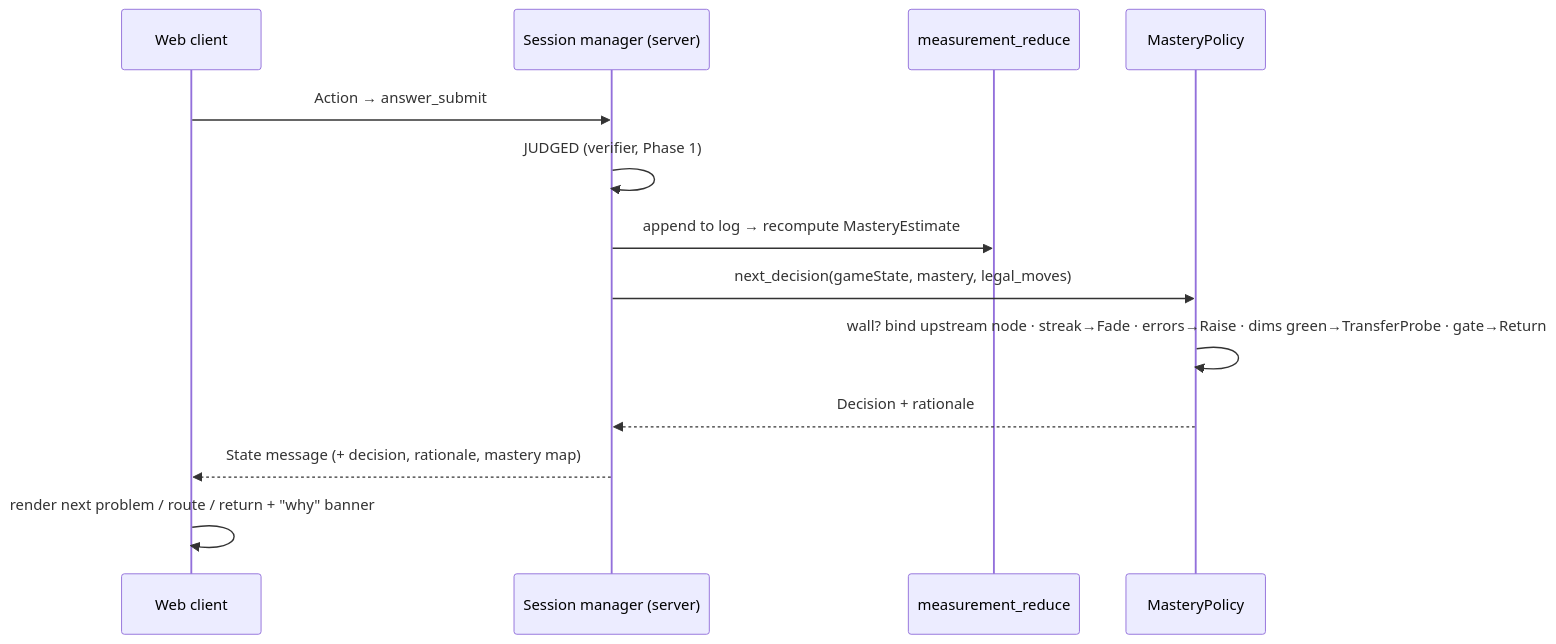
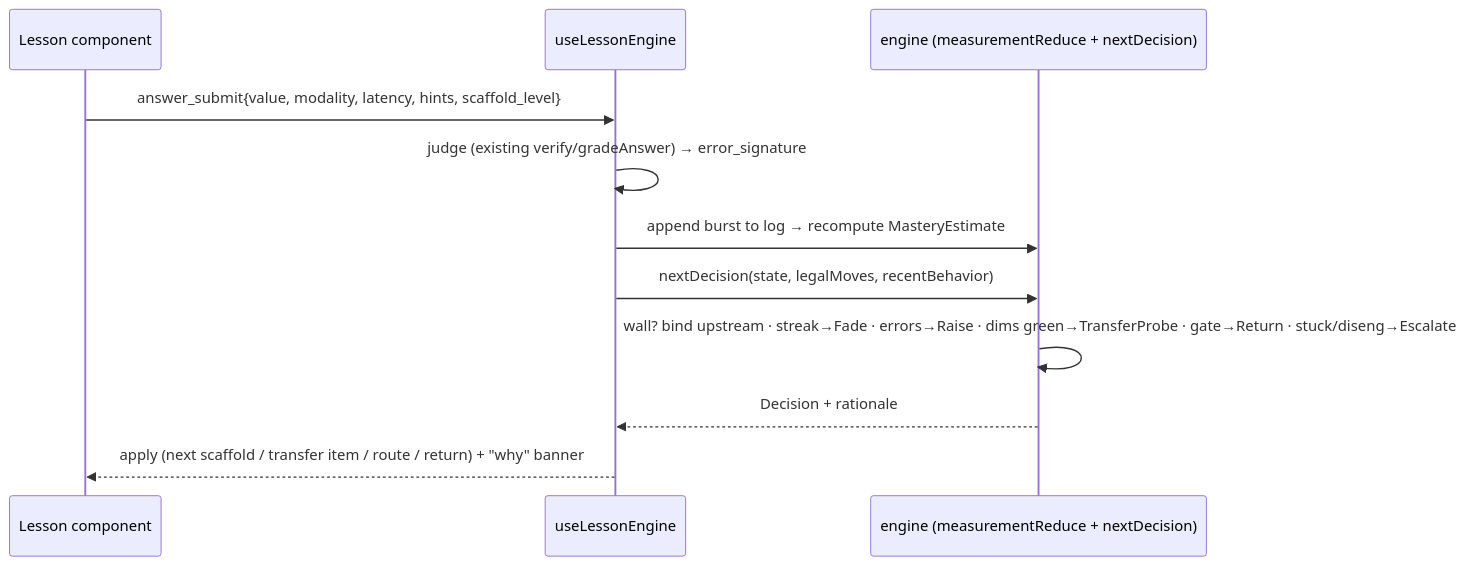
Before and after one commit to MatthewDaw/fractions_tutorial: the third of 3 diagrams in docs/plans/2026-05-31-002-feat-mastery-adaptive-flow-plan.md, drawn with Mermaid. The commit also changed other lines of this file and 56 other files, not shown here.

````diff
--- a/docs/plans/2026-05-31-002-feat-mastery-adaptive-flow-plan.md
+++ b/docs/plans/2026-05-31-002-feat-mastery-adaptive-flow-plan.md
@@ -165,15 +242,13 @@
 ```mermaid
 sequenceDiagram
-  participant C as Web client
-  participant S as Session manager (server)
-  participant M as measurement_reduce
-  participant P as MasteryPolicy
-  C->>S: Action → answer_submit
-  S->>S: JUDGED (verifier, Phase 1)
-  S->>M: append to log → recompute MasteryEstimate
-  S->>P: next_decision(gameState, mastery, legal_moves)
-  P->>P: wall? bind upstream node · streak→Fade · errors→Raise · dims green→TransferProbe · gate→Return
-  P-->>S: Decision + rationale
-  S-->>C: State message (+ decision, rationale, mastery map)
-  C->>C: render next problem / route / return + "why" banner
+  participant L as Lesson component
+  participant R as useLessonEngine
+  participant E as engine (measurementReduce + nextDecision)
+  L->>R: answer_submit{value, modality, latency, hints, scaffold_level}
+  R->>R: judge (existing verify/gradeAnswer) → error_signature
+  R->>E: append burst to log → recompute MasteryEstimate
+  R->>E: nextDecision(state, legalMoves, recentBehavior)
+  E->>E: wall? bind upstream · streak→Fade · errors→Raise · dims green→TransferProbe · gate→Return · stuck/diseng→Escalate
+  E-->>R: Decision + rationale
+  R-->>L: apply (next scaffold / transfer item / route / return) + "why" banner
 ```
````
